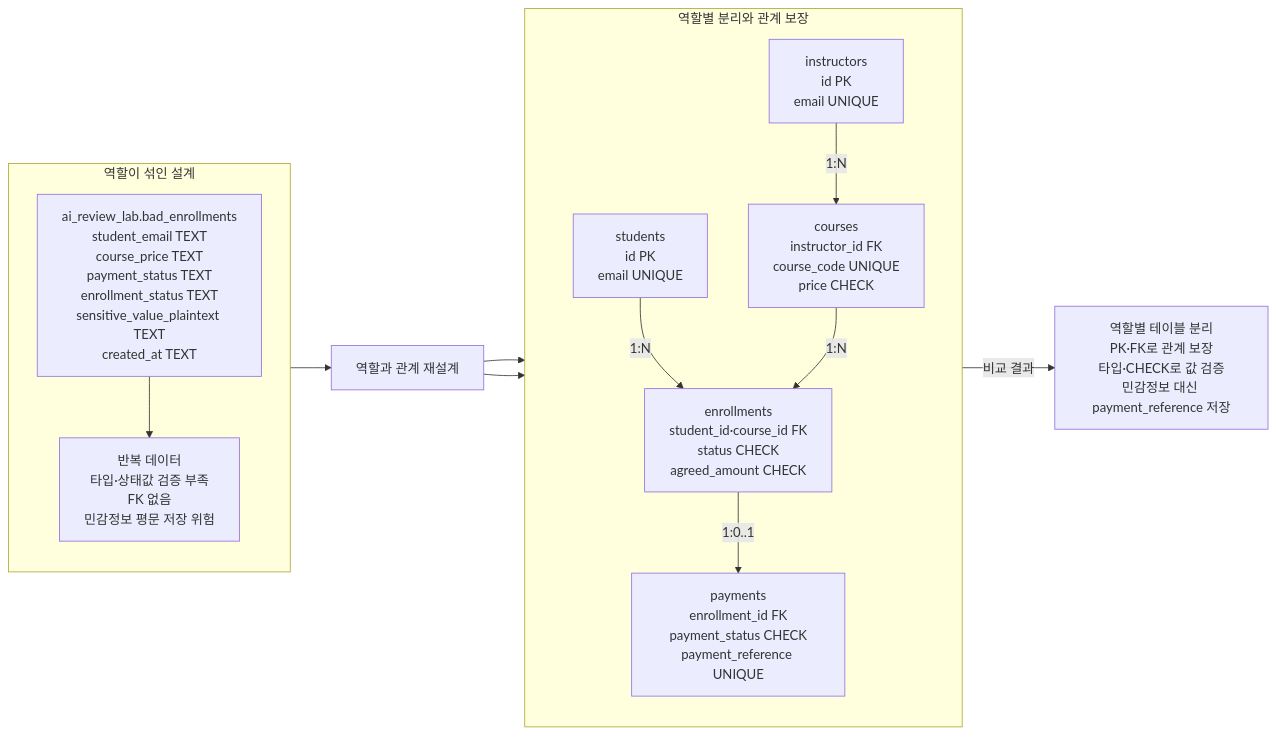
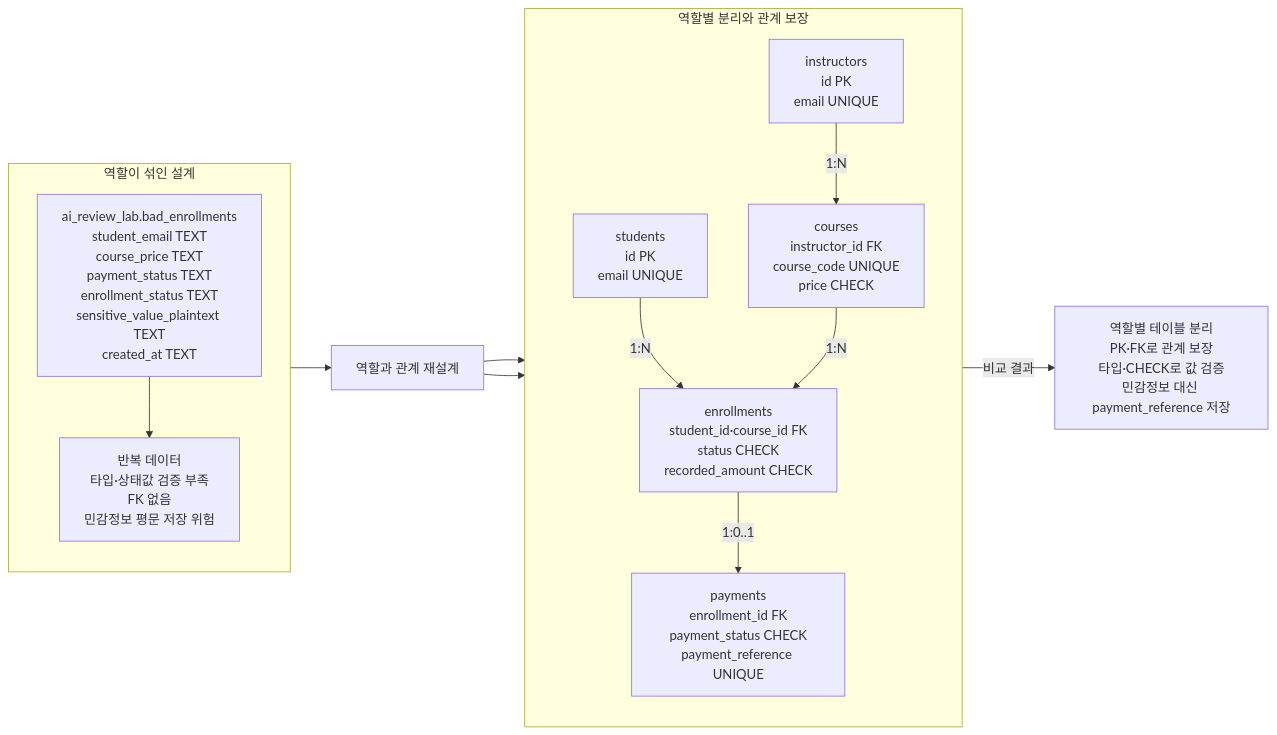
One commit to GilbertMoon/ai-database-book changed the diagram in images/chapter13/ch13_05_bad_vs_good_design.mmd. Above: the diagram before and after it, drawn with Mermaid. The commit also changed 22 other files, not shown here.

```diff
--- a/images/chapter13/ch13_05_bad_vs_good_design.mmd
+++ b/images/chapter13/ch13_05_bad_vs_good_design.mmd
@@ -1,21 +1,21 @@
 flowchart LR
     subgraph BAD[역할이 섞인 설계]
         direction TB
         BAD_TABLE["ai_review_lab.bad_enrollments<br/>student_email TEXT<br/>course_price TEXT<br/>payment_status TEXT<br/>enrollment_status TEXT<br/>sensitive_value_plaintext TEXT<br/>created_at TEXT"]
         BAD_RISK["반복 데이터<br/>타입·상태값 검증 부족<br/>FK 없음<br/>민감정보 평문 저장 위험"]
         BAD_TABLE --> BAD_RISK
     end
 
     BAD_RISK --> REDESIGN["역할과 관계 재설계"]
 
     subgraph GOOD[역할별 분리와 관계 보장]
         direction TB
         INSTRUCTORS["instructors<br/>id PK<br/>email UNIQUE"] -->|1:N| COURSES["courses<br/>instructor_id FK<br/>course_code UNIQUE<br/>price CHECK"]
-        STUDENTS["students<br/>id PK<br/>email UNIQUE"] -->|1:N| ENROLLMENTS["enrollments<br/>student_id·course_id FK<br/>status CHECK<br/>agreed_amount CHECK"]
+        STUDENTS["students<br/>id PK<br/>email UNIQUE"] -->|1:N| ENROLLMENTS["enrollments<br/>student_id·course_id FK<br/>status CHECK<br/>recorded_amount CHECK"]
         COURSES -->|1:N| ENROLLMENTS
         ENROLLMENTS -->|1:0..1| PAYMENTS["payments<br/>enrollment_id FK<br/>payment_status CHECK<br/>payment_reference UNIQUE"]
     end
 
     REDESIGN --> INSTRUCTORS
     REDESIGN --> STUDENTS
     PAYMENTS -->|비교 결과| RESULT["역할별 테이블 분리<br/>PK·FK로 관계 보장<br/>타입·CHECK로 값 검증<br/>민감정보 대신 payment_reference 저장"]
```
